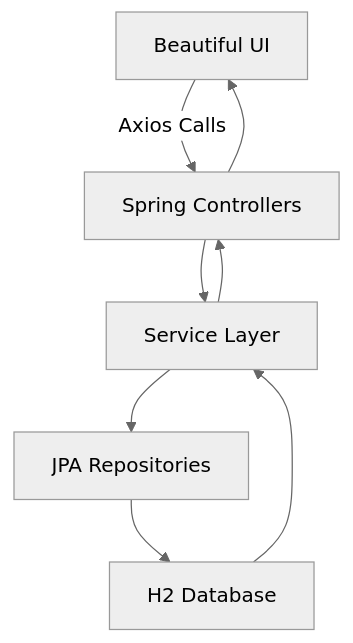
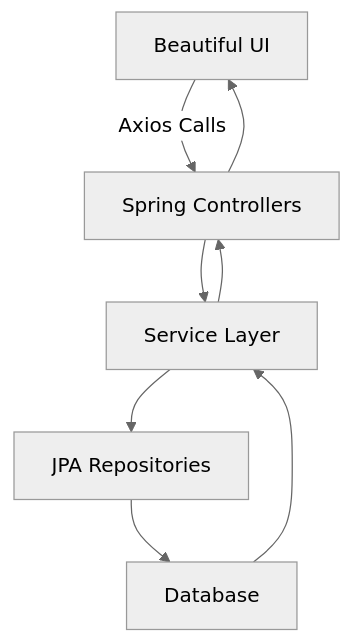
One commit to Sheikh-Redoan/Smart-Room-Management-System changed the diagram in README.md. Above: the diagram before and after it, drawn with Mermaid (neutral theme). The commit also changed other lines of this file, not shown here.

````diff
--- a/README.md
+++ b/README.md
@@ -113,10 +113,10 @@
 ```mermaid
 graph TD
     A[Beautiful UI] -->|Axios Calls| B[Spring Controllers]
     B --> C[Service Layer]
     C --> D[JPA Repositories]
-    D --> E[H2 Database]
+    D --> E[Database]
     E --> C
     C --> B
     B --> A
 ```
````
